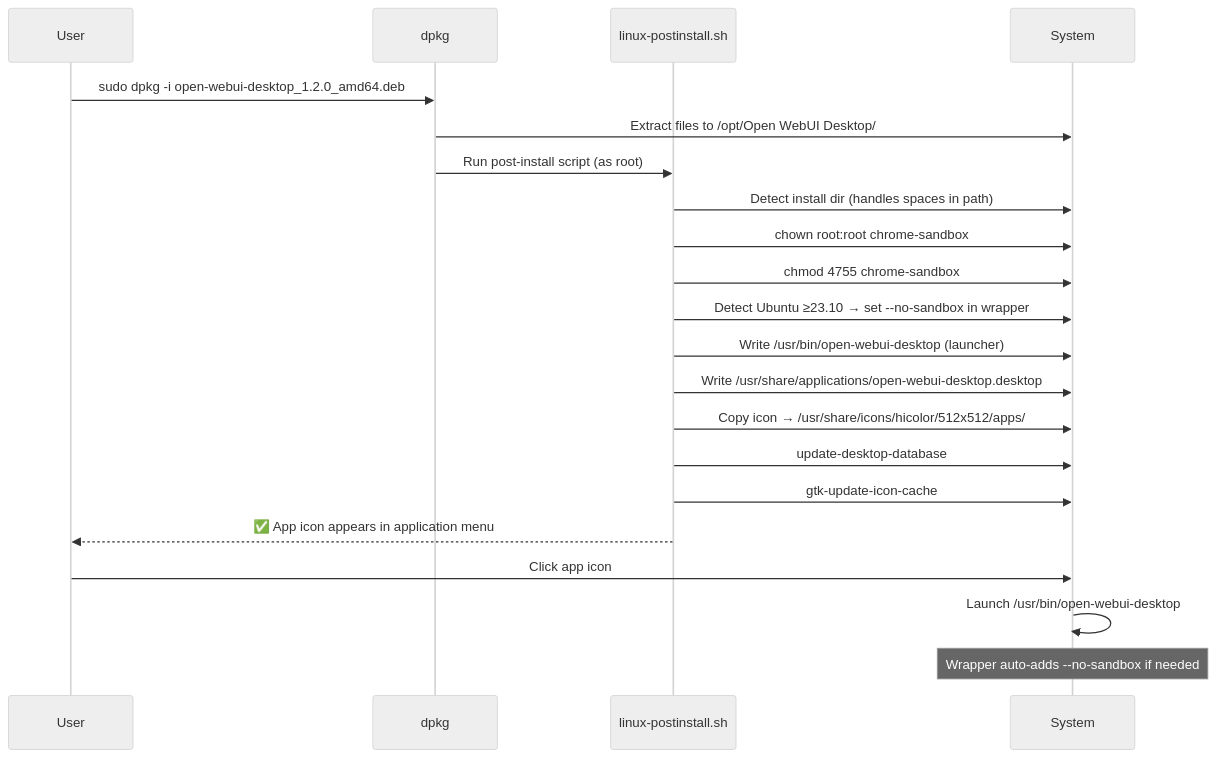
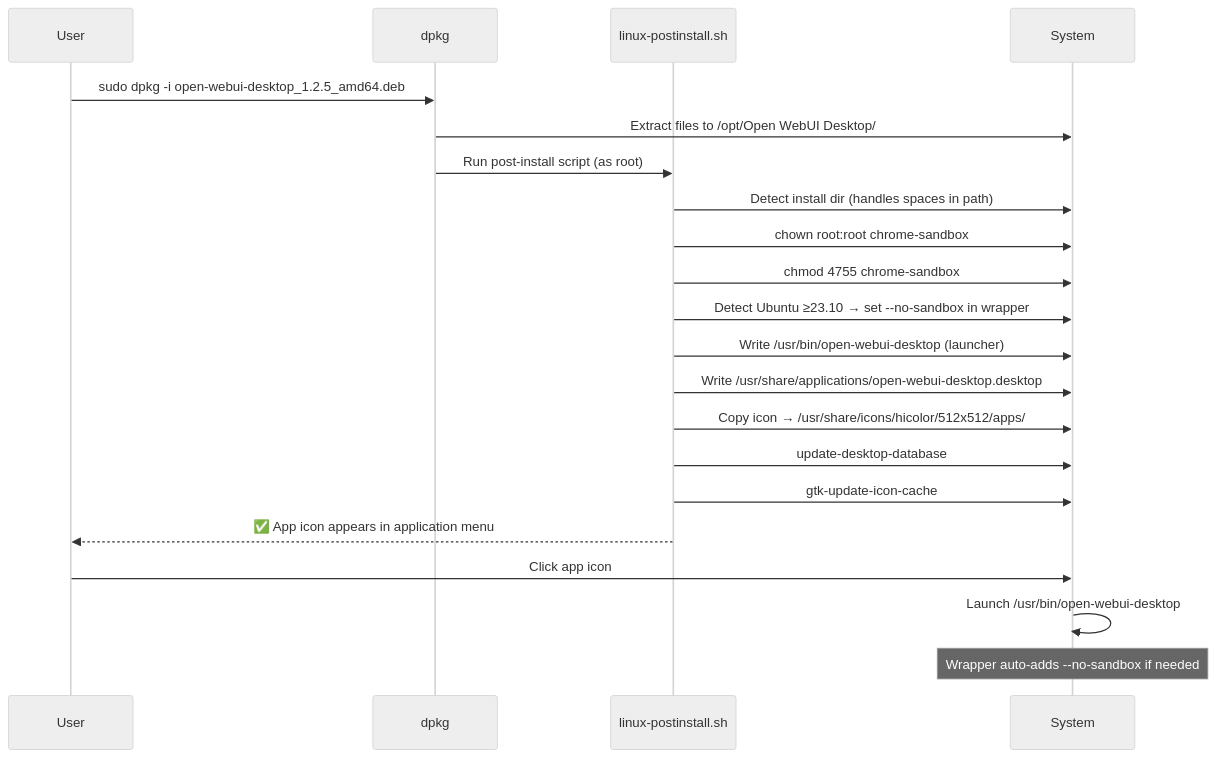
Before and after one commit to saiteja007-mv/open-webui-desktop: the fifth of 5 diagrams in README.md, drawn with Mermaid (neutral theme). The commit also changed other lines of this file, not shown here.

````diff
--- a/README.md
+++ b/README.md
@@ -177,24 +188,24 @@
 ```mermaid
 sequenceDiagram
     participant U as User
     participant D as dpkg
     participant P as linux-postinstall.sh
     participant S as System
 
-    U->>D: sudo dpkg -i open-webui-desktop_1.2.0_amd64.deb
+    U->>D: sudo dpkg -i open-webui-desktop_1.2.5_amd64.deb
     D->>S: Extract files to /opt/Open WebUI Desktop/
     D->>P: Run post-install script (as root)
     P->>S: Detect install dir (handles spaces in path)
     P->>S: chown root:root chrome-sandbox
     P->>S: chmod 4755 chrome-sandbox
     P->>S: Detect Ubuntu ≥23.10 → set --no-sandbox in wrapper
     P->>S: Write /usr/bin/open-webui-desktop (launcher)
     P->>S: Write /usr/share/applications/open-webui-desktop.desktop
     P->>S: Copy icon → /usr/share/icons/hicolor/512x512/apps/
     P->>S: update-desktop-database
     P->>S: gtk-update-icon-cache
     P-->>U: ✅ App icon appears in application menu
     U->>S: Click app icon
     S->>S: Launch /usr/bin/open-webui-desktop
     Note over S: Wrapper auto-adds --no-sandbox if needed
 ```
````
